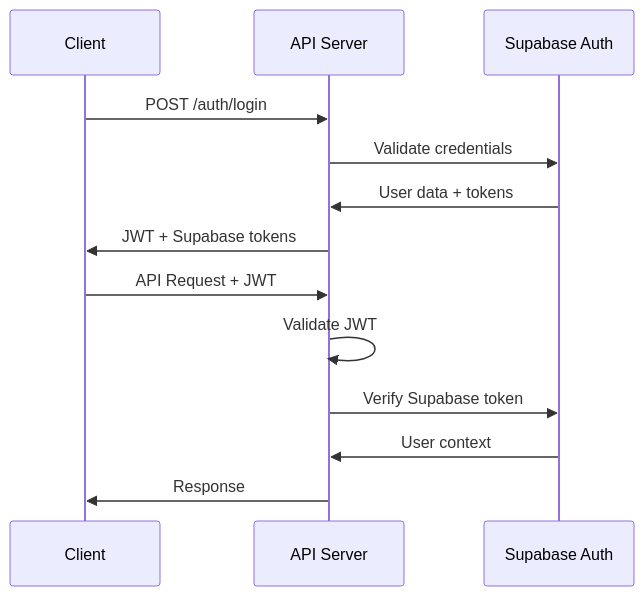
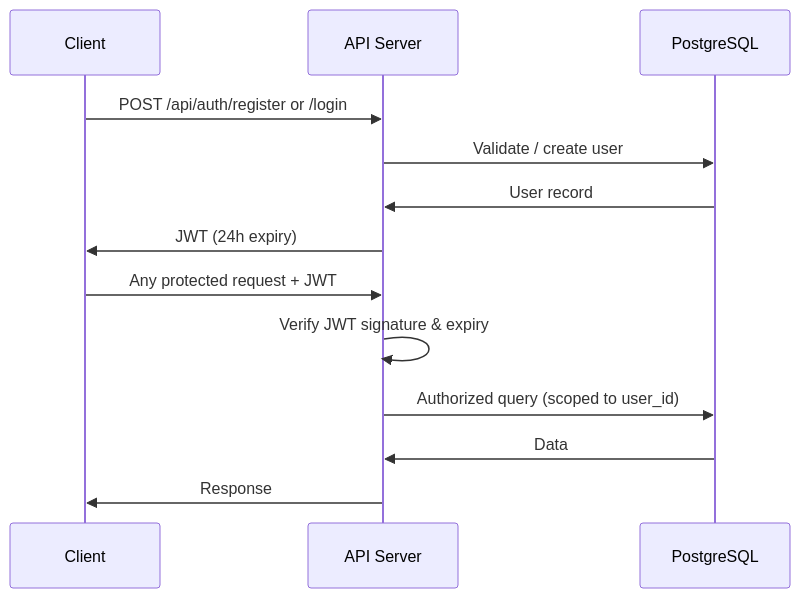
Before and after one commit to Hendrich/script-labs: the diagram in docs/API_DOCUMENTATION_V2.md, drawn with Mermaid. The commit also changed other lines of this file and 9 other files, not shown here.

````diff
--- a/docs/API_DOCUMENTATION_V2.md
+++ b/docs/API_DOCUMENTATION_V2.md
@@ -36,17 +40,17 @@
 ```mermaid
 sequenceDiagram
     participant C as Client
     participant API as API Server
-    participant SUPA as Supabase Auth
+    participant DB as PostgreSQL
 
-    C->>API: POST /auth/login
-    API->>SUPA: Validate credentials
-    SUPA->>API: User data + tokens
-    API->>C: JWT + Supabase tokens
+    C->>API: POST /api/auth/register or /login
+    API->>DB: Validate / create user
+    DB->>API: User record
+    API->>C: JWT (24h expiry)
 
-    C->>API: API Request + JWT
-    API->>API: Validate JWT
-    API->>SUPA: Verify Supabase token
-    SUPA->>API: User context
+    C->>API: Any protected request + JWT
+    API->>API: Verify JWT signature & expiry
+    API->>DB: Authorized query (scoped to user_id)
+    DB->>API: Data
     API->>C: Response
 ```
````
